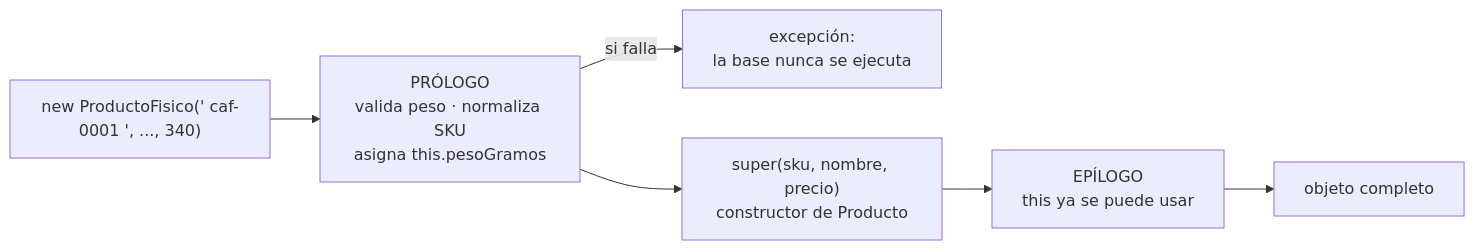
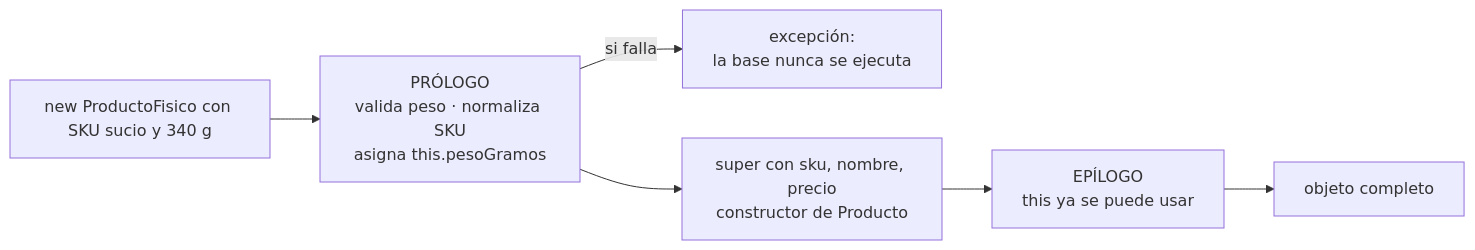
Before and after one commit to NICORUIZ93/The_Imperial_Book: the sixth of 6 diagrams in web/public/content/java/modulo-1.md, drawn with Mermaid. The commit also changed other lines of this file and 65 other files, not shown here.

````diff
--- a/web/public/content/java/modulo-1.md
+++ b/web/public/content/java/modulo-1.md
@@ -4139,8 +4644,8 @@
 ```mermaid
 flowchart LR
-    N["new ProductoFisico(' caf-0001 ', ..., 340)"] --> P["PRÓLOGO<br/>valida peso · normaliza SKU<br/>asigna this.pesoGramos"]
+    N["new ProductoFisico con SKU sucio y 340 g"] --> P["PRÓLOGO<br/>valida peso · normaliza SKU<br/>asigna this.pesoGramos"]
     P -->|"si falla"| X["excepción:<br/>la base nunca se ejecuta"]
-    P --> S["super(sku, nombre, precio)<br/>constructor de Producto"]
+    P --> S["super con sku, nombre, precio<br/>constructor de Producto"]
     S --> E["EPÍLOGO<br/>this ya se puede usar"]
     E --> O["objeto completo"]
 ```
````
